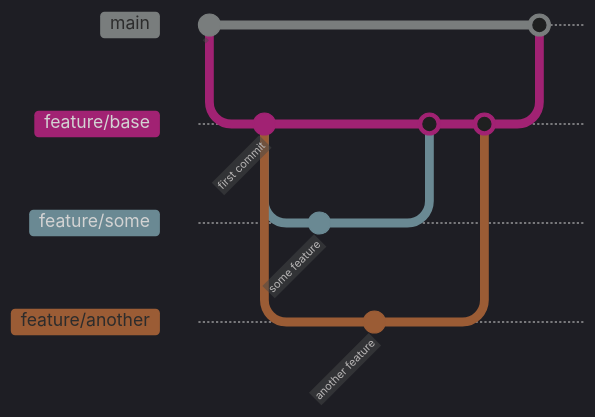
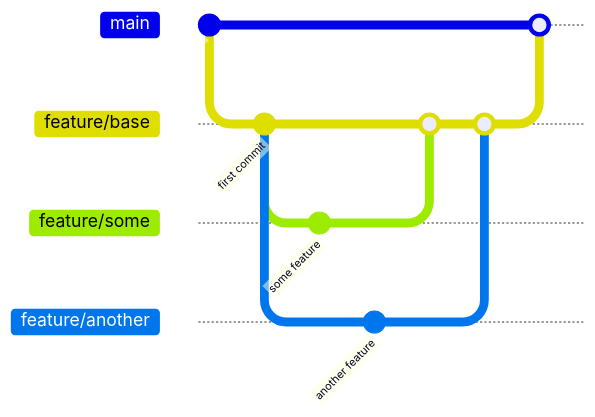
Before and after one commit to tomsdoo/md-book: the diagram in public/md/test_content.md, drawn with Mermaid. The commit also changed 7 other files, not shown here.

First line of the commit message:
mermaid is added into bookOptions (#50)

````diff
--- a/public/md/test_content.md
+++ b/public/md/test_content.md
@@ -73,19 +73,18 @@
 ``` mermaid
-%%{ init:{'theme': 'dark' }}%%
 gitGraph
 commit id: " "
 branch feature/base
 checkout feature/base
 commit id: "first commit"
 branch feature/some
 branch feature/another
 checkout feature/some
 commit id: "some feature"
 checkout feature/another
 commit id: "another feature"
 checkout feature/base
 merge feature/some
 merge feature/another
 checkout main
 merge feature/base
 ```
````
